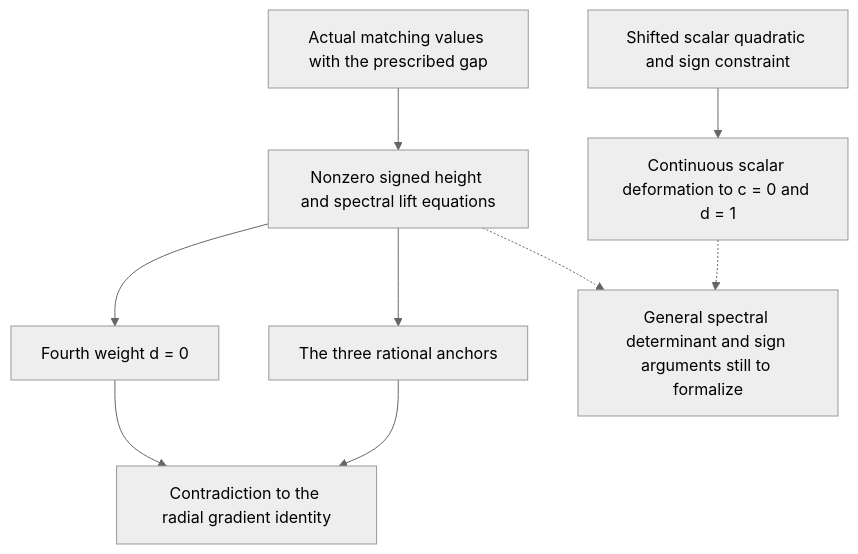
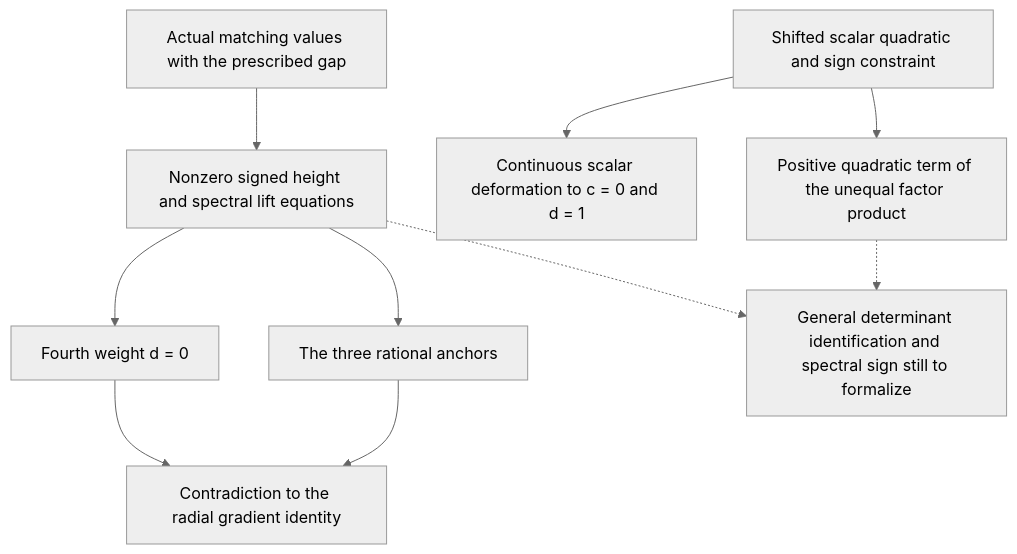
Before and after one commit to ascendnoosphere/MOC: the diagram in Docs/Proofs/order-four-0710-contact-map.md, drawn with Mermaid (neutral theme). The commit also changed other lines of this file and 2 other files, not shown here.

Commit message:
lean: prove opposite slopes on the unequal contact branch

````diff
--- a/Docs/Proofs/order-four-0710-contact-map.md
+++ b/Docs/Proofs/order-four-0710-contact-map.md
@@ -19,19 +19,21 @@
 ```mermaid
 flowchart TD
     A["Actual matching values with the prescribed gap"]
     B["Nonzero signed height and spectral lift equations"]
     C["Fourth weight d = 0"]
     D["The three rational anchors"]
     E["Contradiction to the radial gradient identity"]
     S["Shifted scalar quadratic and sign constraint"]
     T["Continuous scalar deformation to c = 0 and d = 1"]
-    O["General spectral determinant and sign arguments still to formalize"]
+    P["Positive quadratic term of the unequal factor product"]
+    O["General determinant identification and spectral sign still to formalize"]
     A --> B
     B --> C
     B --> D
     C --> E
     D --> E
     S --> T
+    S --> P
     B -.-> O
-    T -.-> O
+    P -.-> O
 ```
````
